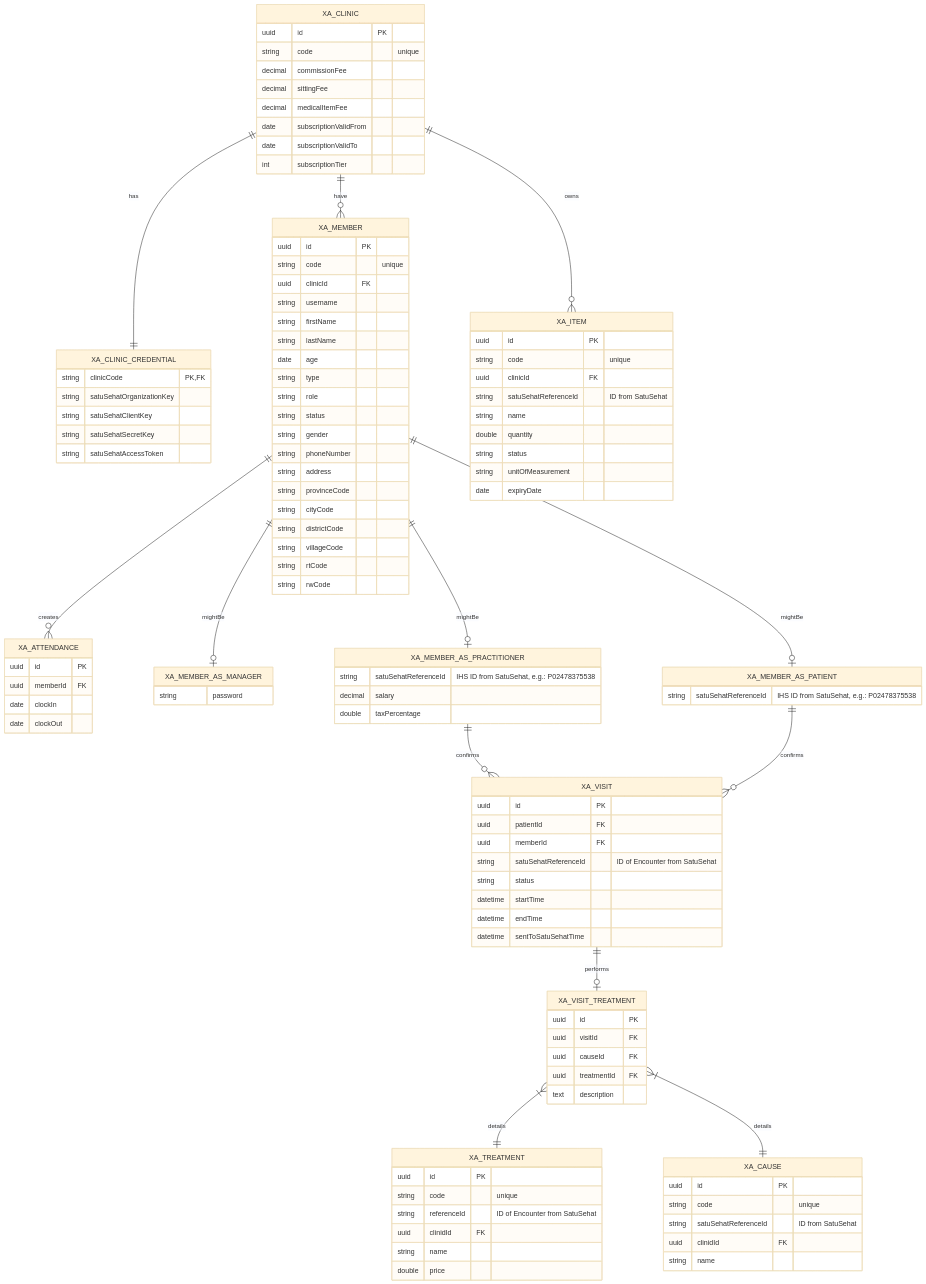
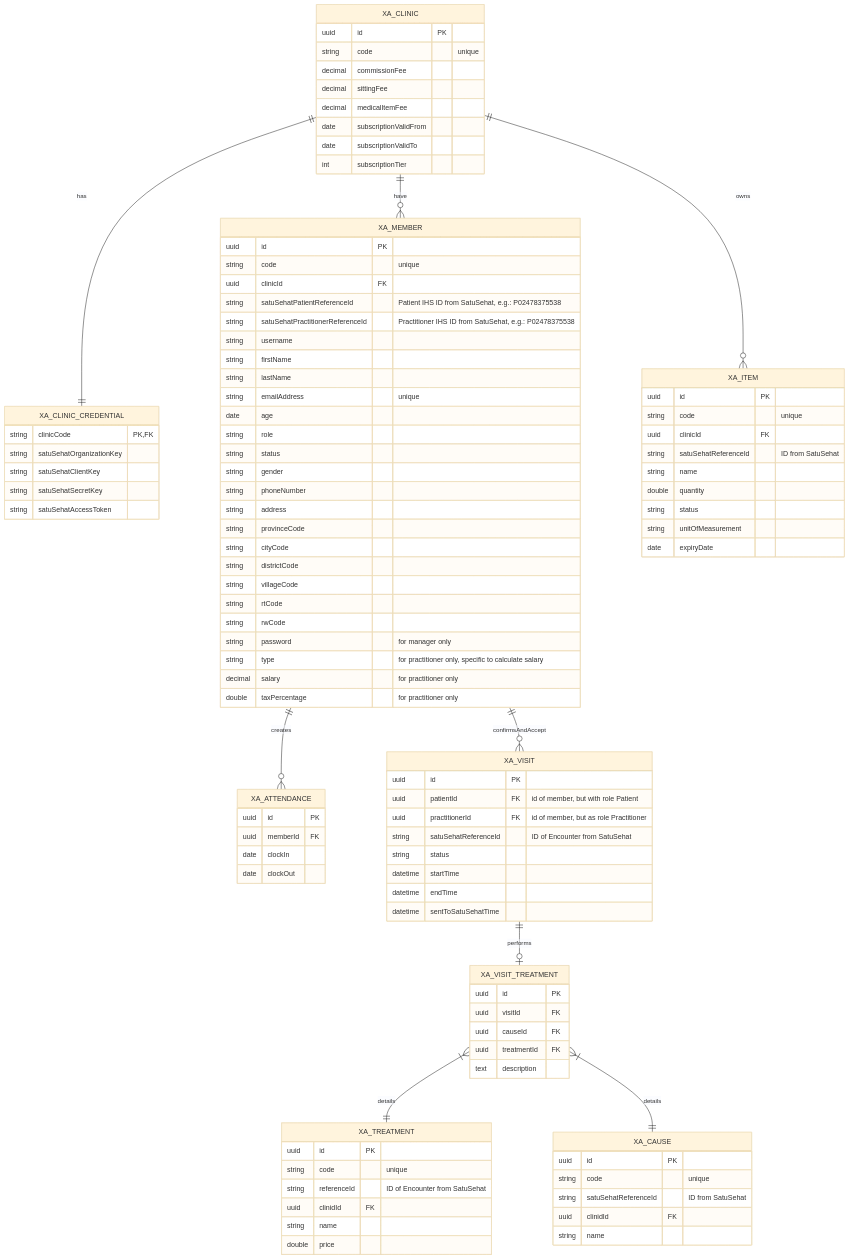
The diagram in docs/erd.md (acemint/x-admin-backend), drawn with Mermaid (base theme) before and after one commit. The commit also changed 20 other files, not shown here.

```diff
--- a/docs/erd.md
+++ b/docs/erd.md
@@ -11,13 +11,9 @@
     XA_CLINIC ||--|| XA_CLINIC_CREDENTIAL: has
     XA_CLINIC ||--o{ XA_MEMBER : have
     XA_MEMBER ||--o{ XA_ATTENDANCE : creates
-    XA_MEMBER ||--o| XA_MEMBER_AS_MANAGER: mightBe
-    XA_MEMBER ||--o| XA_MEMBER_AS_PRACTITIONER: mightBe
-    XA_MEMBER ||--o| XA_MEMBER_AS_PATIENT: mightBe
     XA_CLINIC ||--o{ XA_ITEM: owns
     
-    XA_MEMBER_AS_PRACTITIONER ||--o{ XA_VISIT : confirms
-    XA_MEMBER_AS_PATIENT ||--o{ XA_VISIT : confirms
+    XA_MEMBER ||--o{ XA_VISIT : confirmsAndAccept
     XA_VISIT ||--o| XA_VISIT_TREATMENT : performs
     XA_VISIT_TREATMENT }|--|| XA_TREATMENT : details
     XA_VISIT_TREATMENT }|--|| XA_CAUSE : details
@@ -43,11 +39,13 @@
         uuid id PK
         string code "unique"
         uuid clinicId FK
+        string satuSehatPatientReferenceId "Patient IHS ID from SatuSehat, e.g.: P02478375538"
+        string satuSehatPractitionerReferenceId "Practitioner IHS ID from SatuSehat, e.g.: P02478375538"
         string username
         string firstName
         string lastName
+        string emailAddress "unique"
         date age
-        string type
         string role
         string status
         string gender
@@ -59,17 +57,10 @@
         string villageCode
         string rtCode
         string rwCode
-    }
-    XA_MEMBER_AS_MANAGER {
-        string password
-    }
-    XA_MEMBER_AS_PRACTITIONER {
-        string satuSehatReferenceId "IHS ID from SatuSehat, e.g.: P02478375538"
-        decimal salary
-        double taxPercentage
-    }
-    XA_MEMBER_AS_PATIENT {
-        string satuSehatReferenceId "IHS ID from SatuSehat, e.g.: P02478375538"
+        string password "for manager only"
+        string type "for practitioner only, specific to calculate salary"
+        decimal salary "for practitioner only"
+        double taxPercentage "for practitioner only"
     }
     XA_ATTENDANCE {
         uuid id PK
@@ -79,8 +70,8 @@
     }
     XA_VISIT {
         uuid id PK
-        uuid patientId FK
-        uuid memberId FK
+        uuid patientId FK "id of member, but with role Patient"
+        uuid practitionerId FK "id of member, but as role Practitioner"
         string satuSehatReferenceId "ID of Encounter from SatuSehat"
         string status
         datetime startTime
```
